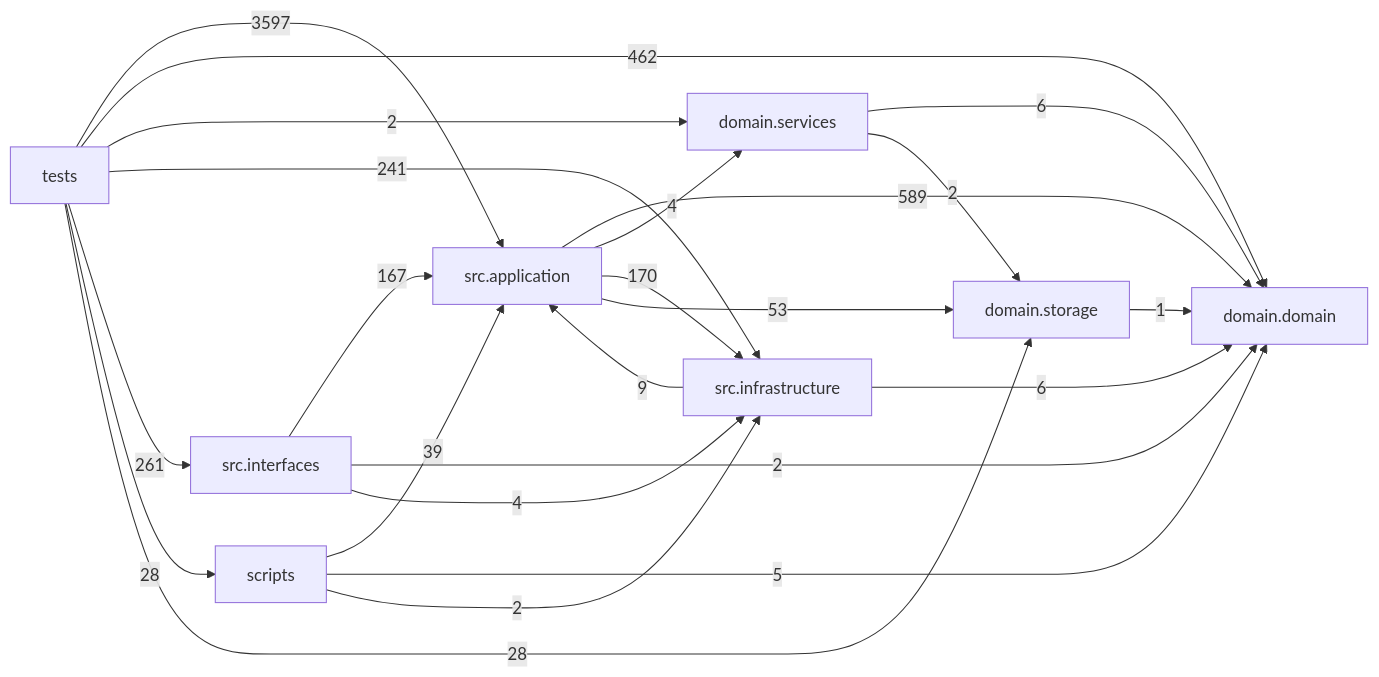
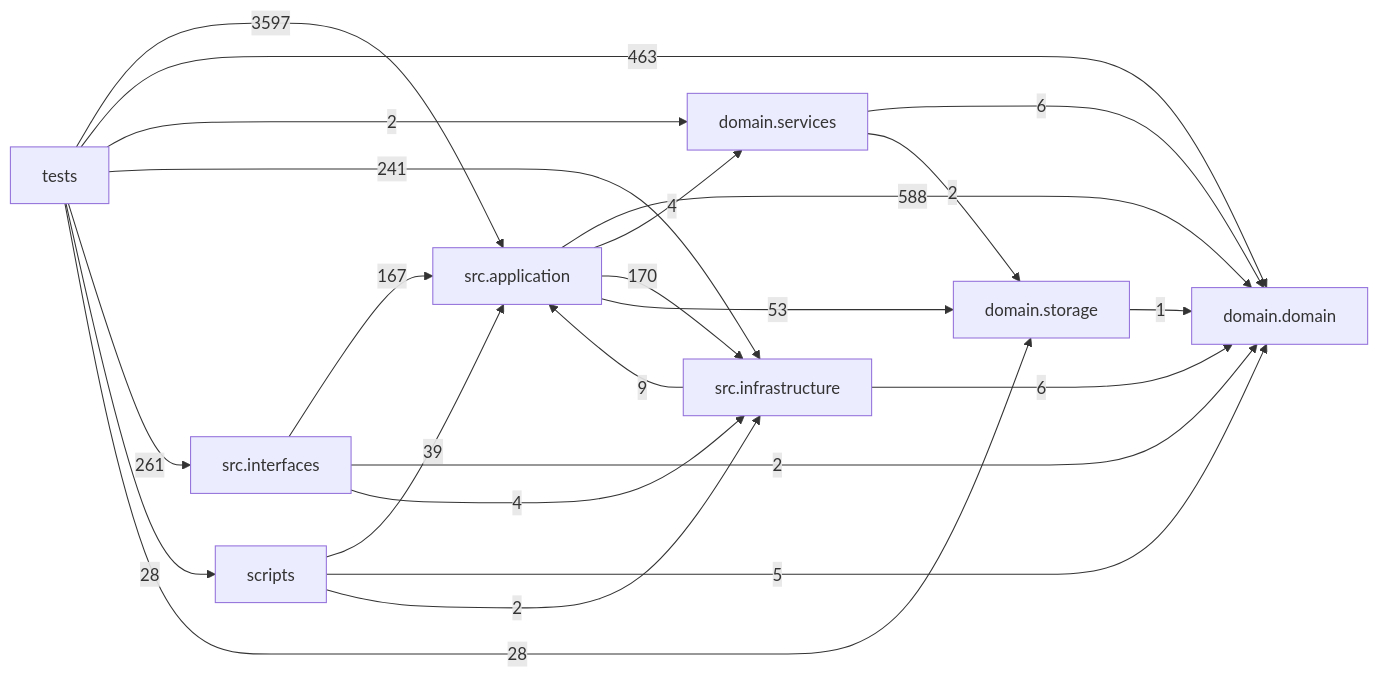
Before and after one commit to liuxie066/options-monitor: the diagram in docs/DEPENDENCY_GRAPH.md, drawn with Mermaid. The commit also changed other lines of this file and 1 other file, not shown here.

````diff
--- a/docs/DEPENDENCY_GRAPH.md
+++ b/docs/DEPENDENCY_GRAPH.md
@@ -24,33 +24,33 @@
 ```mermaid
 flowchart LR
   tests["tests"]
   scripts["scripts"]
   interfaces["src.interfaces"]
   application["src.application"]
   infrastructure["src.infrastructure"]
   domain_services["domain.services"]
   domain["domain.domain"]
   storage["domain.storage"]
-  application -->|589| domain
+  application -->|588| domain
   application -->|4| domain_services
   application -->|170| infrastructure
   application -->|53| storage
   domain_services -->|6| domain
   domain_services -->|2| storage
   infrastructure -->|9| application
   infrastructure -->|6| domain
   interfaces -->|167| application
   interfaces -->|2| domain
   interfaces -->|4| infrastructure
   scripts -->|39| application
   scripts -->|5| domain
   scripts -->|2| infrastructure
   storage -->|1| domain
   tests -->|3597| application
-  tests -->|462| domain
+  tests -->|463| domain
   tests -->|2| domain_services
   tests -->|241| infrastructure
   tests -->|261| interfaces
   tests -->|28| scripts
   tests -->|28| storage
 ```
````
